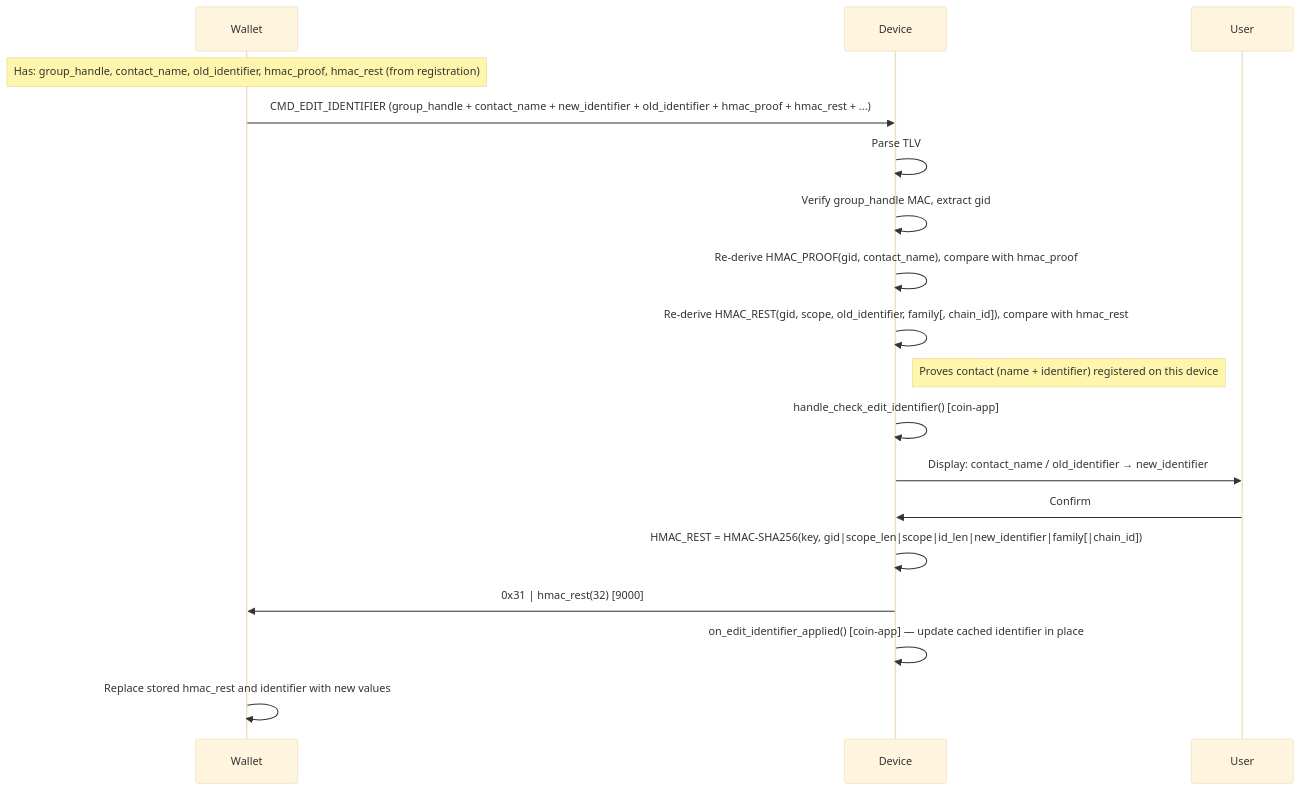
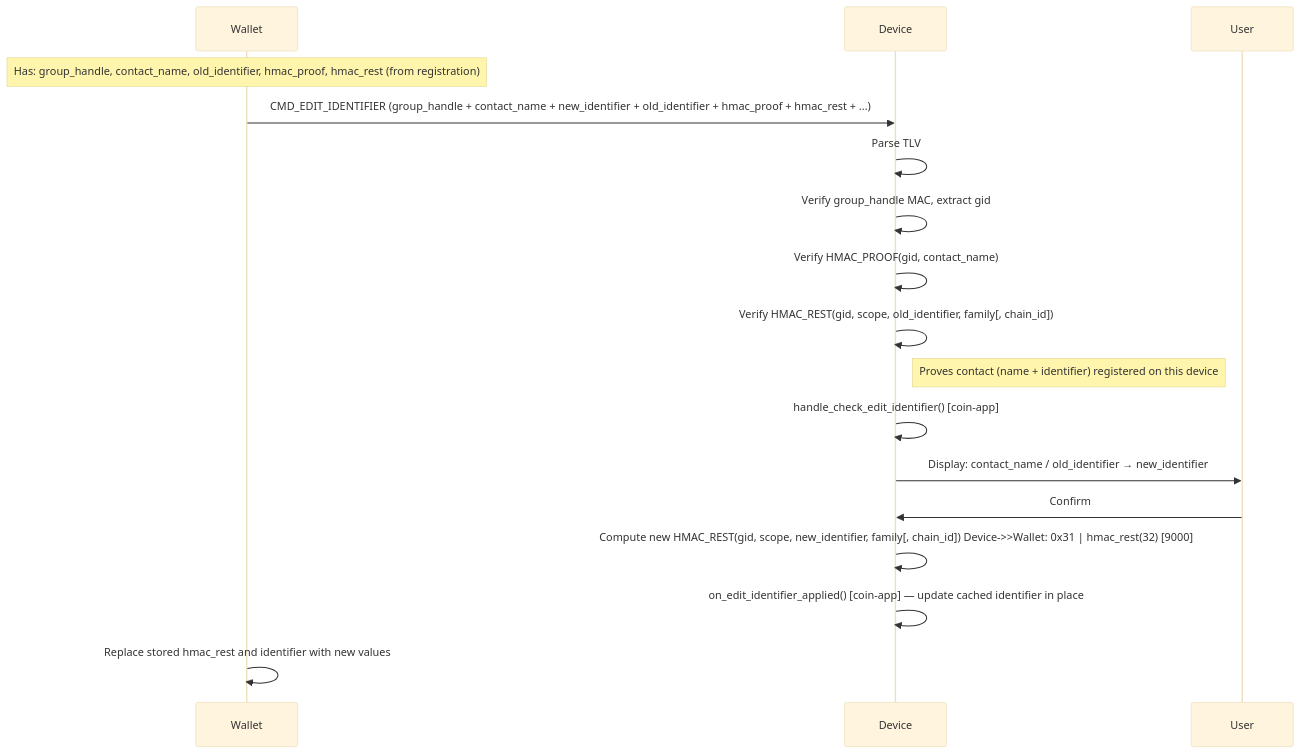
The fifth of 10 diagrams in app_features/address_book/doc/address_book_spec.md (LedgerHQ/ledger-secure-sdk), drawn with Mermaid (base theme) before and after one commit. The commit also changed other lines of this file and 1 other file, not shown here.

````diff
--- a/app_features/address_book/doc/address_book_spec.md
+++ b/app_features/address_book/doc/address_book_spec.md
@@ -417,18 +417,17 @@
 ```mermaid
 sequenceDiagram
 
     Note over Wallet: Has: group_handle, contact_name, old_identifier, hmac_proof, hmac_rest (from registration)
     Wallet->>Device: CMD_EDIT_IDENTIFIER (group_handle + contact_name + new_identifier + old_identifier + hmac_proof + hmac_rest + ...)
     Device->>Device: Parse TLV
     Device->>Device: Verify group_handle MAC, extract gid
-    Device->>Device: Re-derive HMAC_PROOF(gid, contact_name), compare with hmac_proof
-    Device->>Device: Re-derive HMAC_REST(gid, scope, old_identifier, family[, chain_id]), compare with hmac_rest
+    Device->>Device: Verify HMAC_PROOF(gid, contact_name)
+    Device->>Device: Verify HMAC_REST(gid, scope, old_identifier, family[, chain_id])
     Note right of Device: Proves contact (name + identifier) registered on this device
     Device->>Device: handle_check_edit_identifier() [coin-app]
     Device->>User: Display: contact_name / old_identifier → new_identifier
     User->>Device: Confirm
-    Device->>Device: HMAC_REST = HMAC-SHA256(key, gid|scope_len|scope|id_len|new_identifier|family[|chain_id])
-    Device->>Wallet: 0x31 | hmac_rest(32)  [9000]
+    Device->>Device: Compute new HMAC_REST(gid, scope, new_identifier, family[, chain_id])    Device->>Wallet: 0x31 | hmac_rest(32)  [9000]
     Device->>Device: on_edit_identifier_applied() [coin-app] — update cached identifier in place
     Wallet->>Wallet: Replace stored hmac_rest and identifier with new values
 ```
````
